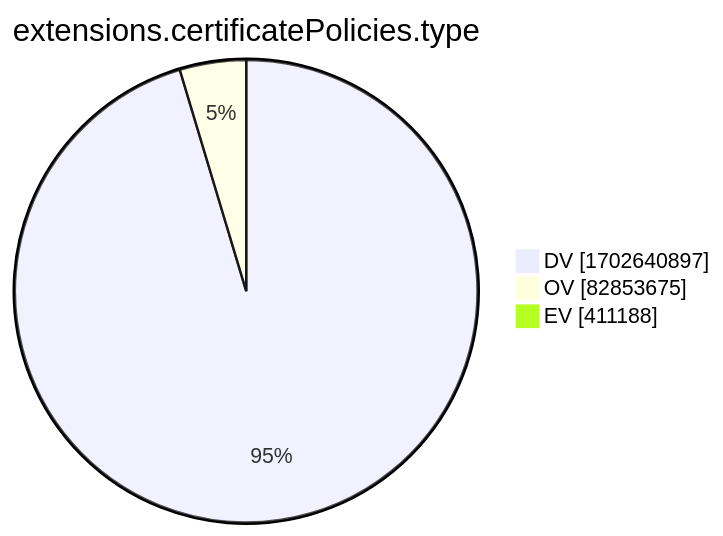
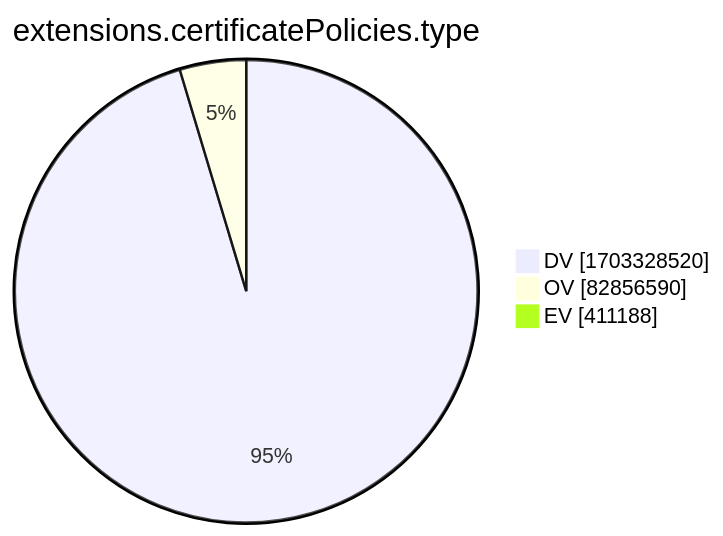
The tenth of 15 diagrams in xenon2022/README.md (christiankrug/ctmonitor_visualization), drawn with Mermaid before and after one commit. The commit also changed other lines of this file, not shown here.

````diff
--- a/xenon2022/README.md
+++ b/xenon2022/README.md
@@ -2881,7 +2881,7 @@
 ```mermaid
 pie showData
 title extensions.certificatePolicies.type
-"DV" :1702640897
-"OV" :82853675
+"DV" :1703328520
+"OV" :82856590
 "EV" :411188
 ```
````
